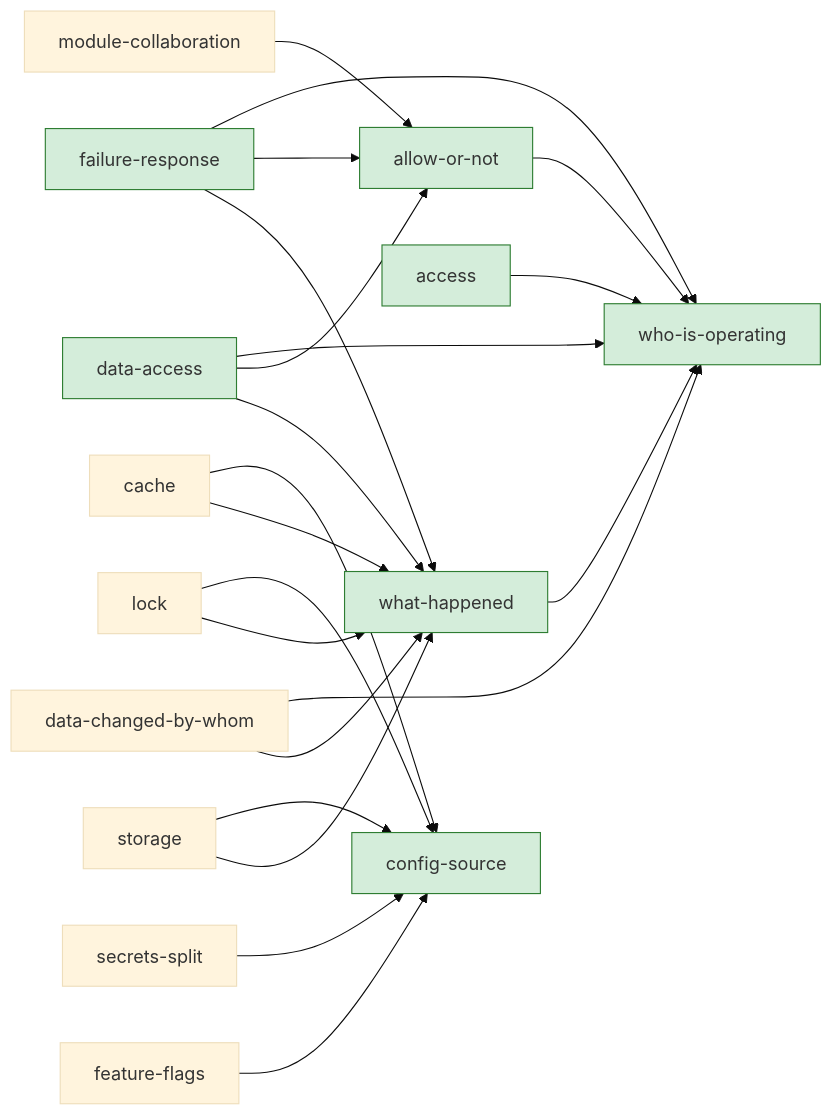
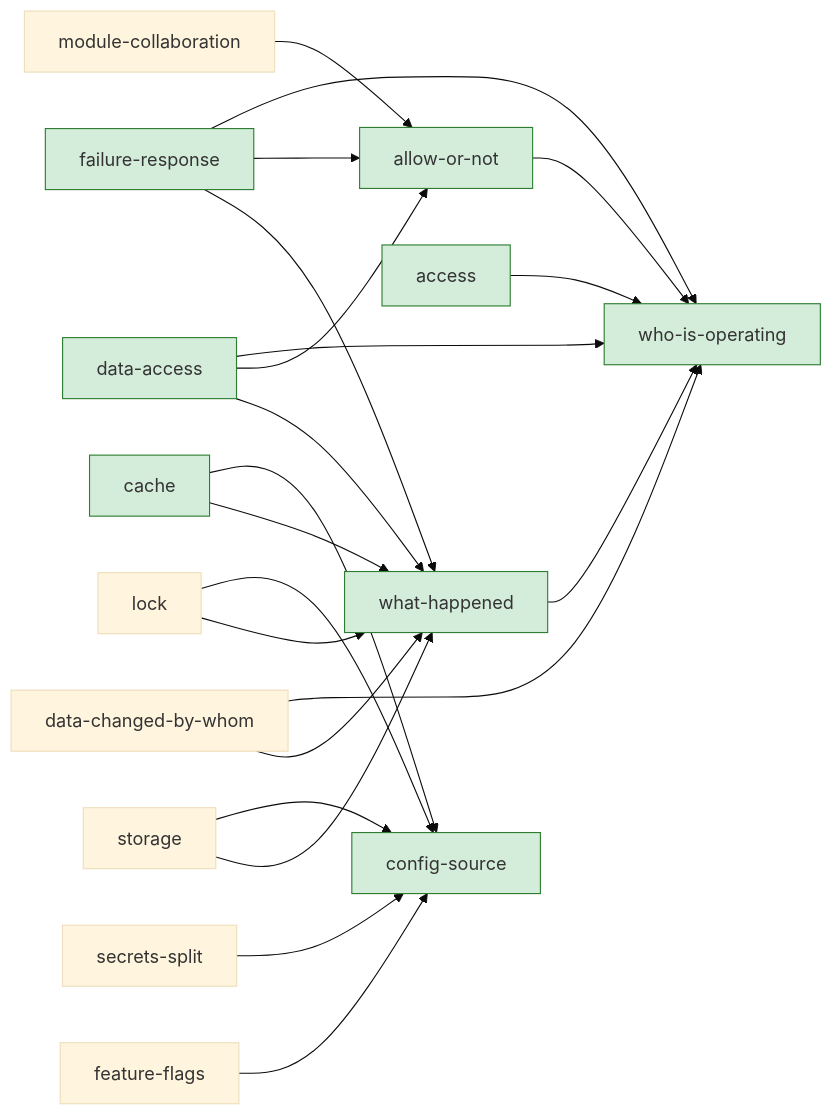
The second of 2 diagrams in docs/architecture/views.md (helloworldtang/leitu), drawn with Mermaid (base theme) before and after one commit. The commit also changed other lines of this file and 23 other files, not shown here.

Commit message:
feat(capability): 缓存——第八条五件套答案（TTL+LRU 进程内实现/getOrLoad 装载收编/租户作用域键/观察装饰保装载原子；cache answered）

````diff
--- a/docs/architecture/views.md
+++ b/docs/architecture/views.md
@@ -51,31 +51,32 @@
 ```mermaid
 graph LR
   allow-or-not --> who-is-operating
   what-happened --> who-is-operating
   failure-response --> who-is-operating
   failure-response --> allow-or-not
   failure-response --> what-happened
   data-changed-by-whom --> who-is-operating
   data-changed-by-whom --> what-happened
   module-collaboration --> allow-or-not
   data-access --> who-is-operating
   data-access --> allow-or-not
   data-access --> what-happened
   access --> who-is-operating
   cache --> config-source
   cache --> what-happened
   lock --> config-source
   lock --> what-happened
   storage --> config-source
   storage --> what-happened
   secrets-split --> config-source
   feature-flags --> config-source
   class config-source answered
   class who-is-operating answered
   class allow-or-not answered
   class what-happened answered
   class failure-response answered
   class data-access answered
   class access answered
+  class cache answered
   classDef answered fill:#d4edda,stroke:#2e7d32
 ```
````
